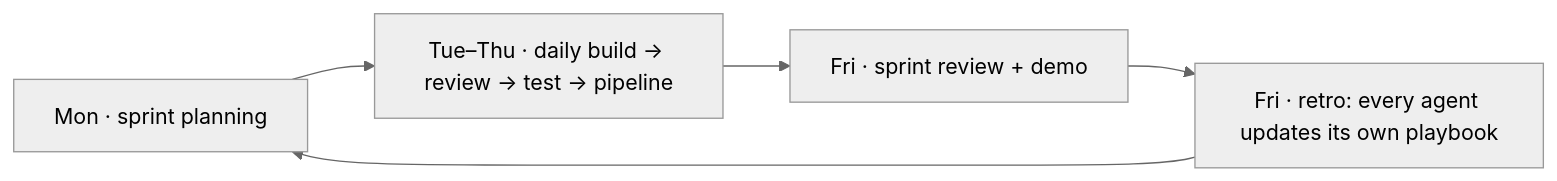
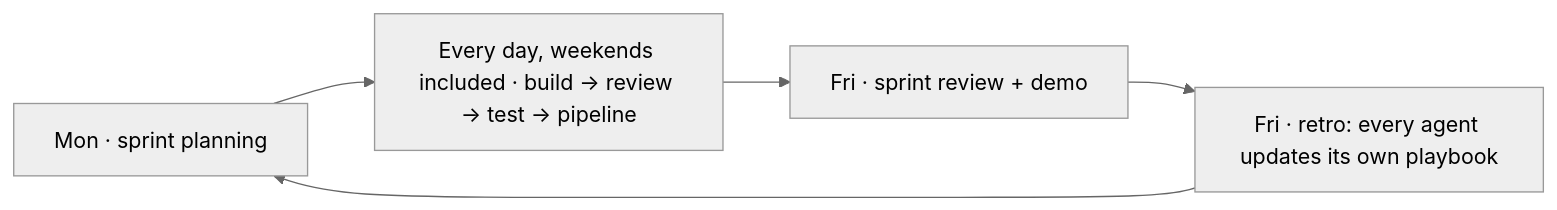
One commit to nilwerk/nilwerk-lab changed the second of 2 diagrams in showcase/workflow/team-workflow.md. Above: the diagram before and after it, drawn with Mermaid (neutral theme). The commit also changed other lines of this file and 32 other files, not shown here.

````diff
--- a/showcase/workflow/team-workflow.md
+++ b/showcase/workflow/team-workflow.md
@@ -45,7 +45,7 @@
 ```mermaid
 flowchart LR
-  M["Mon · sprint planning"] --> D["Tue–Thu · daily build → review → test → pipeline"]
+  M["Mon · sprint planning"] --> D["Every day, weekends included · build → review → test → pipeline"]
   D --> F["Fri · sprint review + demo"]
   F --> R["Fri · retro: every agent updates its own playbook"]
   R --> M
 ```
````
